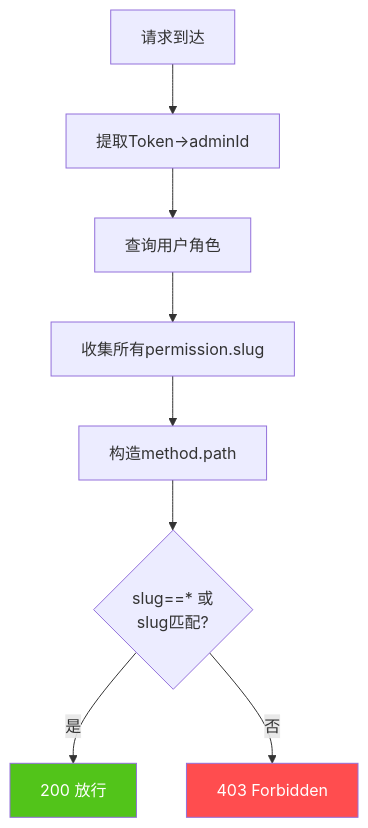
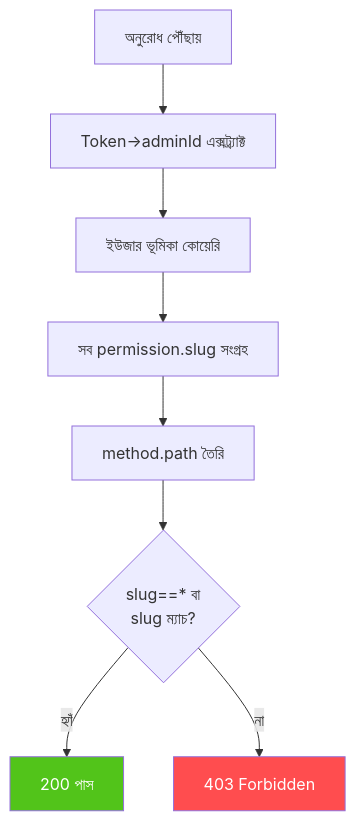
One commit to erikwang2013/game-platform-php changed the second of 3 diagrams in admin/docs/diagrams/05-rbac-model.bn.md. Above: the diagram before and after it, drawn with Mermaid. The commit also changed other lines of this file and 211 other files, not shown here.

First line of the commit message:
fix: 支付配置读回类型根治、提现事件对账巡检，12 语族 mermaid 与 API 标签本地化

````diff
--- a/admin/docs/diagrams/05-rbac-model.bn.md
+++ b/admin/docs/diagrams/05-rbac-model.bn.md
@@ -48,13 +48,13 @@
 ```mermaid
 flowchart TD
-    start["请求到达"] --> extract["提取Token→adminId"]
-    extract --> findRoles["查询用户角色"]
-    findRoles --> collectSlug["收集所有permission.slug"]
-    collectSlug --> buildKey["构造method.path"]
-    buildKey --> check{"slug==* 或<br/>slug匹配?"}
-    check -->|"是"| allow["200 放行"]
-    check -->|"否"| deny["403 Forbidden"]
+    start["অনুরোধ পৌঁছায়"] --> extract["Token→adminId এক্সট্র্যাক্ট"]
+    extract --> findRoles["ইউজার ভূমিকা কোয়েরি"]
+    findRoles --> collectSlug["সব permission.slug সংগ্রহ"]
+    collectSlug --> buildKey["method.path তৈরি"]
+    buildKey --> check{"slug==* বা<br/>slug ম্যাচ?"}
+    check -->|"হ্যাঁ"| allow["200 পাস"]
+    check -->|"না"| deny["403 Forbidden"]
 
     style allow fill:#52C41A,color:#fff
     style deny fill:#FF4D4F,color:#fff
 ```
````
